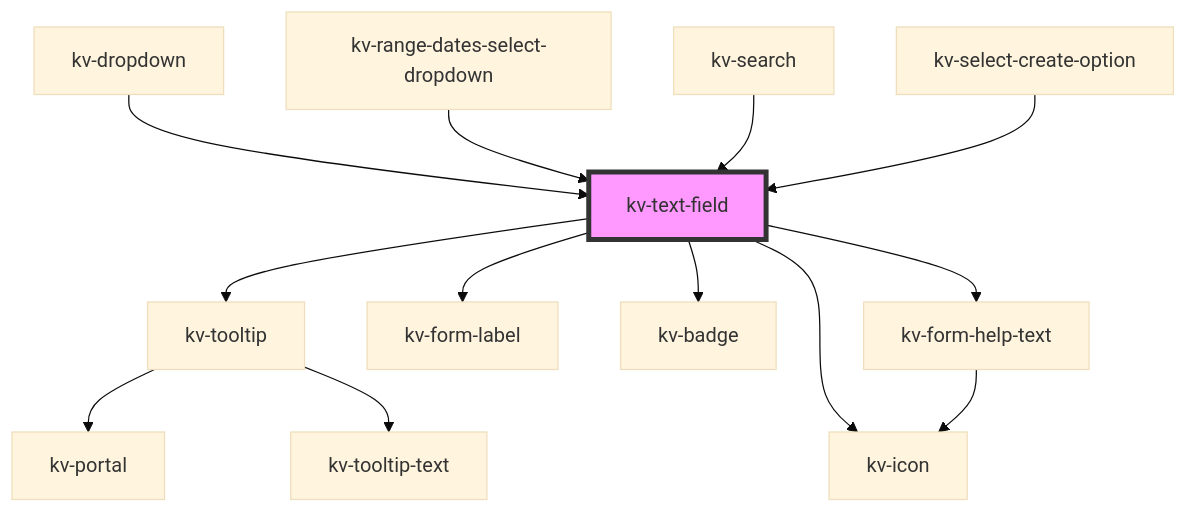
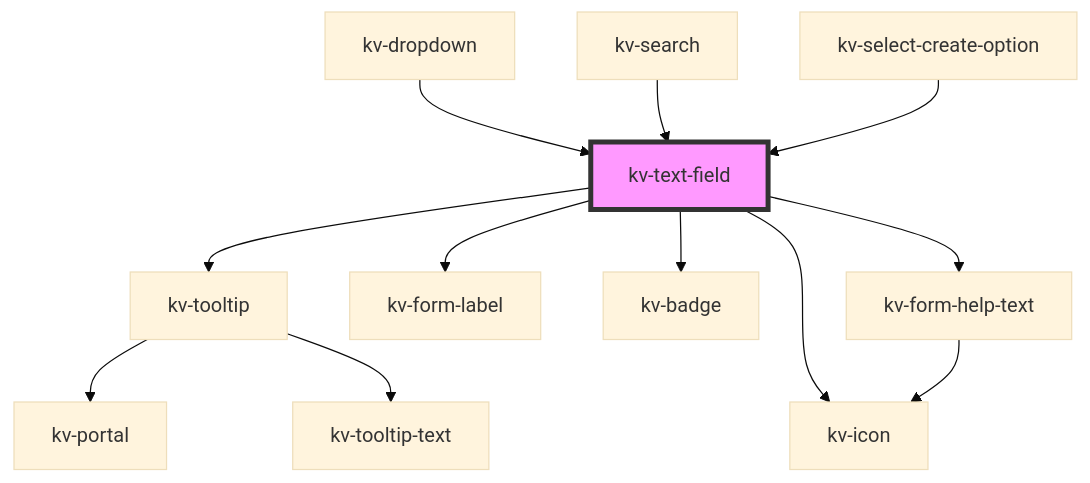
The diagram in packages/ui-components/src/components/text-field/readme.md (kelvininc/ui-components), drawn with Mermaid (base theme) before and after one commit. The commit also changed other lines of this file and 137 other files, not shown here.

````diff
--- a/packages/ui-components/src/components/text-field/readme.md
+++ b/packages/ui-components/src/components/text-field/readme.md
@@ -158,16 +157,15 @@
 ```mermaid
 graph TD;
   kv-text-field --> kv-tooltip
   kv-text-field --> kv-form-label
   kv-text-field --> kv-icon
   kv-text-field --> kv-badge
   kv-text-field --> kv-form-help-text
   kv-tooltip --> kv-portal
   kv-tooltip --> kv-tooltip-text
   kv-form-help-text --> kv-icon
   kv-dropdown --> kv-text-field
-  kv-range-dates-select-dropdown --> kv-text-field
   kv-search --> kv-text-field
   kv-select-create-option --> kv-text-field
   style kv-text-field fill:#f9f,stroke:#333,stroke-width:4px
 ```
````
